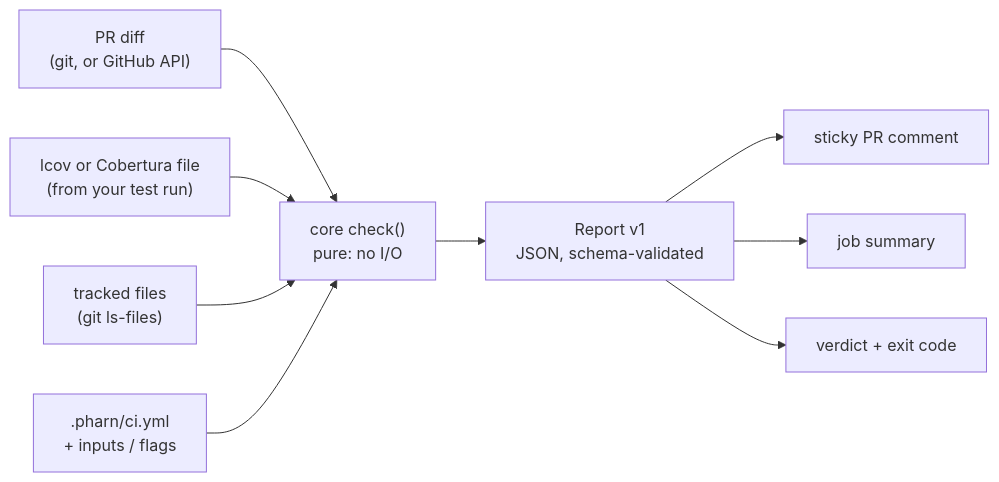
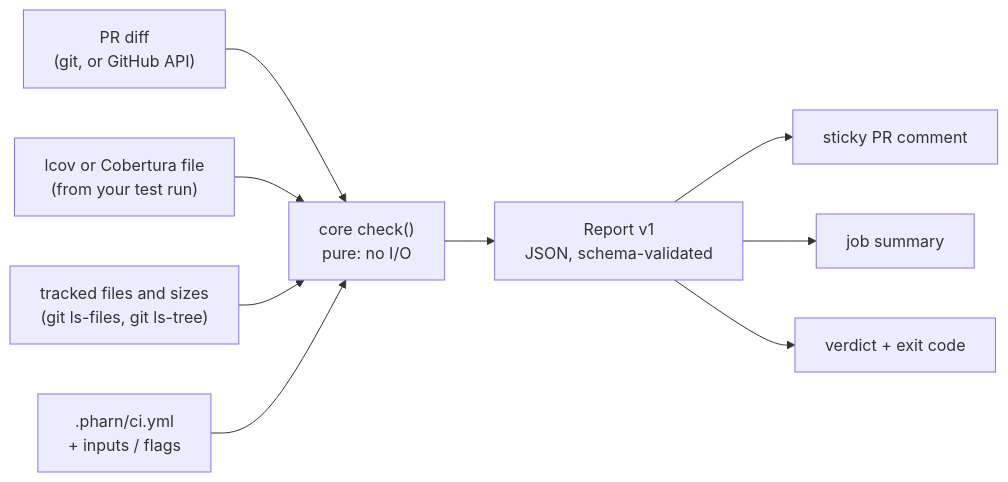
The diagram in README.md (pharn-dev/pharn-ci), drawn with Mermaid before and after one commit. The commit also changed other lines of this file and 26 other files, not shown here.

````diff
--- a/README.md
+++ b/README.md
@@ -184,11 +188,11 @@
 ```mermaid
 flowchart LR
     DIFF["PR diff<br/>(git, or GitHub API)"] --> CORE
     LCOV["lcov or Cobertura file<br/>(from your test run)"] --> CORE
-    FILES["tracked files<br/>(git ls-files)"] --> CORE
+    FILES["tracked files and sizes<br/>(git ls-files, git ls-tree)"] --> CORE
     CFG[".pharn/ci.yml<br/>+ inputs / flags"] --> CORE
     CORE["core check()<br/>pure: no I/O"] --> REPORT["Report v1<br/>JSON, schema-validated"]
     REPORT --> COMMENT["sticky PR comment"]
     REPORT --> SUMMARY["job summary"]
     REPORT --> EXIT["verdict + exit code"]
 ```
````
